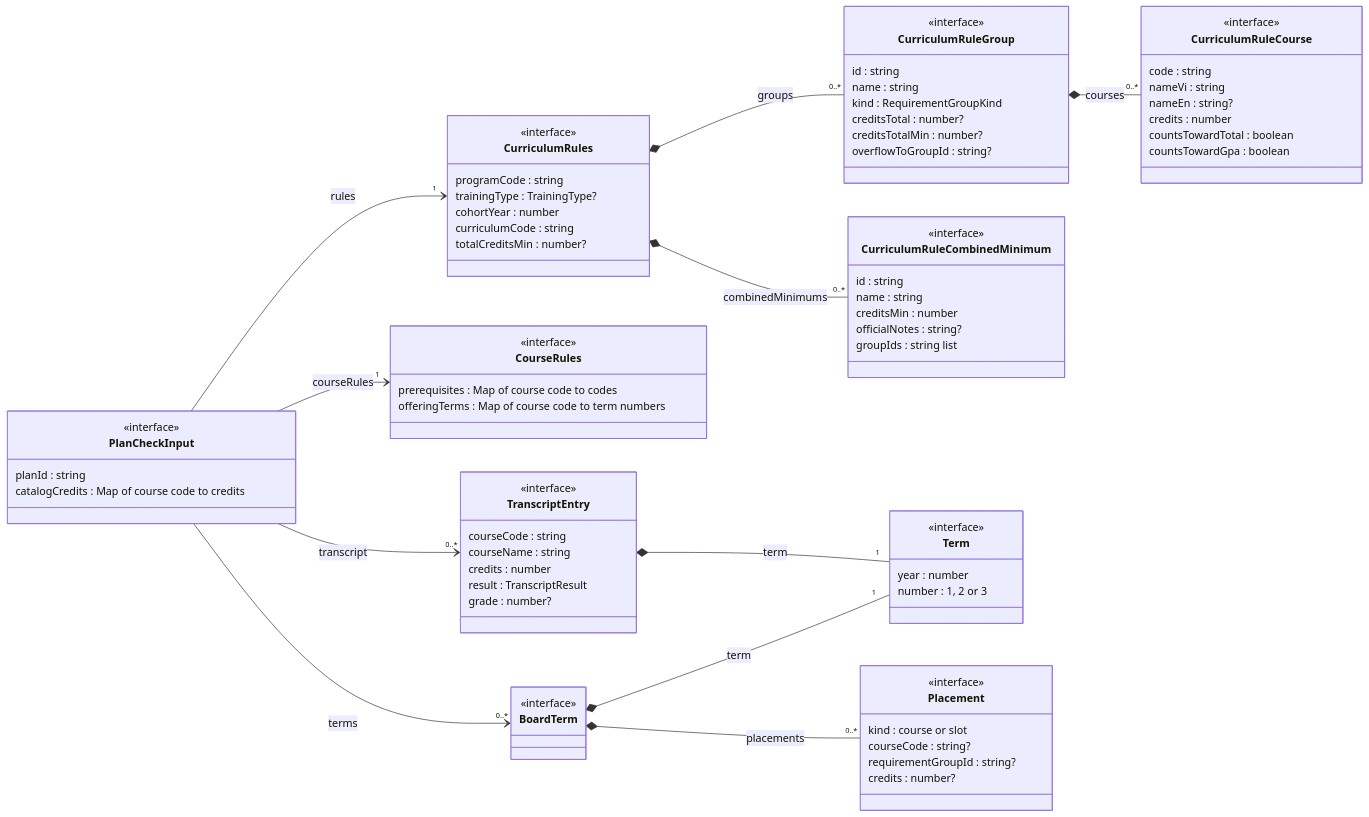
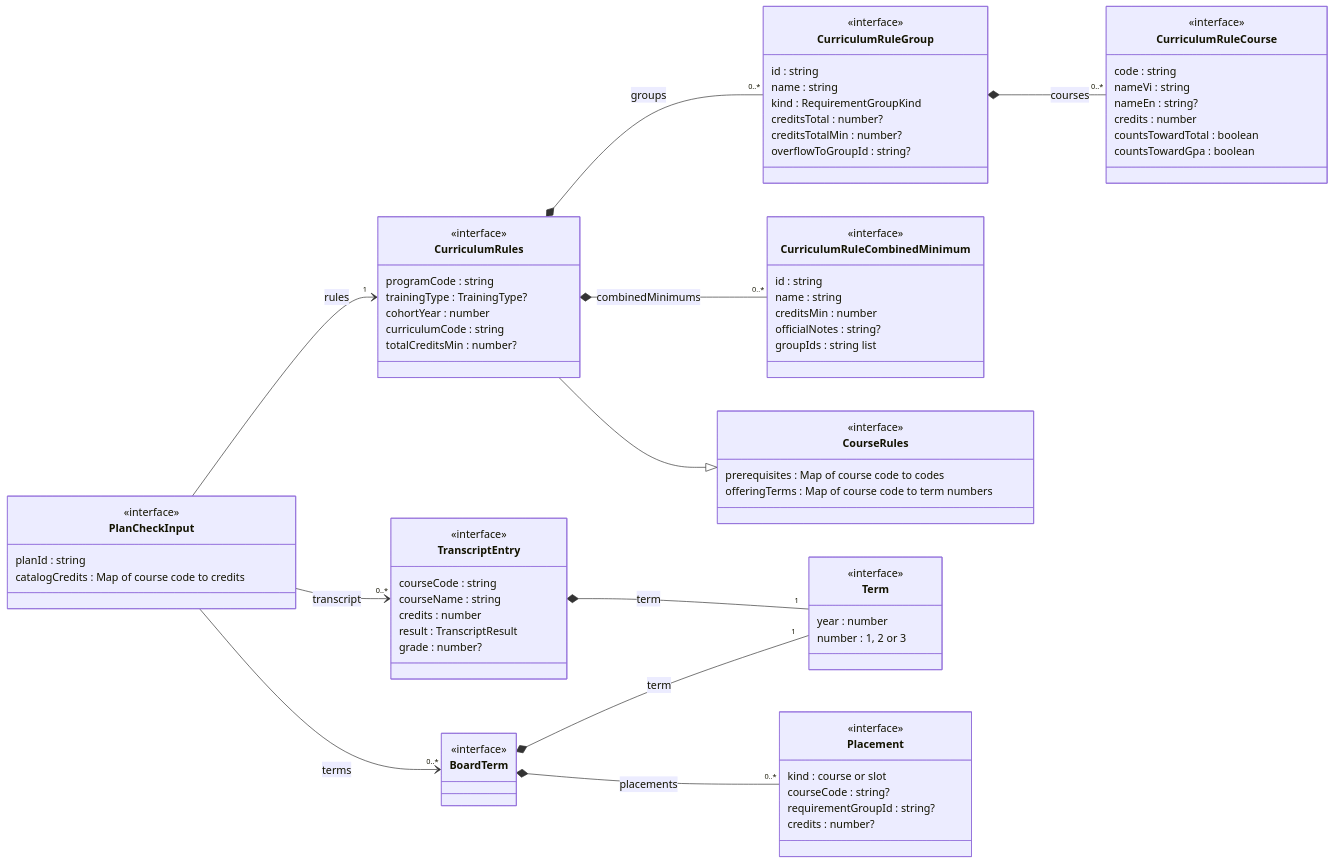
The eighth of 17 diagrams in docs/analysis-and-design/class-model.md (LLaammTTeerr/omnicourses), drawn with Mermaid before and after one commit. The commit also changed other lines of this file and 11 other files, not shown here.

````diff
--- a/docs/analysis-and-design/class-model.md
+++ b/docs/analysis-and-design/class-model.md
@@ -455,81 +455,81 @@
 ```mermaid
 classDiagram
     direction LR
     class CurriculumRules {
         <<interface>>
         programCode : string
         trainingType : TrainingType?
         cohortYear : number
         curriculumCode : string
         totalCreditsMin : number?
     }
     class CurriculumRuleGroup {
         <<interface>>
         id : string
         name : string
         kind : RequirementGroupKind
         creditsTotal : number?
         creditsTotalMin : number?
         overflowToGroupId : string?
     }
     class CurriculumRuleCourse {
         <<interface>>
         code : string
         nameVi : string
         nameEn : string?
         credits : number
         countsTowardTotal : boolean
         countsTowardGpa : boolean
     }
     class CurriculumRuleCombinedMinimum {
         <<interface>>
         id : string
         name : string
         creditsMin : number
         officialNotes : string?
         groupIds : string list
     }
     class CourseRules {
         <<interface>>
         prerequisites : Map of course code to codes
         offeringTerms : Map of course code to term numbers
     }
     class TranscriptEntry {
         <<interface>>
         courseCode : string
         courseName : string
         credits : number
         result : TranscriptResult
         grade : number?
     }
     class Term {
         <<interface>>
         year : number
         number : 1, 2 or 3
     }
     class BoardTerm {
         <<interface>>
     }
     class Placement {
         <<interface>>
         kind : course or slot
         courseCode : string?
         requirementGroupId : string?
         credits : number?
     }
     class PlanCheckInput {
         <<interface>>
         planId : string
         catalogCredits : Map of course code to credits
     }
     CurriculumRules *-- "0..*" CurriculumRuleGroup : groups
     CurriculumRules *-- "0..*" CurriculumRuleCombinedMinimum : combinedMinimums
     CurriculumRuleGroup *-- "0..*" CurriculumRuleCourse : courses
     TranscriptEntry *-- "1" Term : term
     BoardTerm *-- "1" Term : term
     BoardTerm *-- "0..*" Placement : placements
+    CurriculumRules --|> CourseRules
     PlanCheckInput --> "1" CurriculumRules : rules
-    PlanCheckInput --> "1" CourseRules : courseRules
     PlanCheckInput --> "0..*" TranscriptEntry : transcript
     PlanCheckInput --> "0..*" BoardTerm : terms
 ```
````
